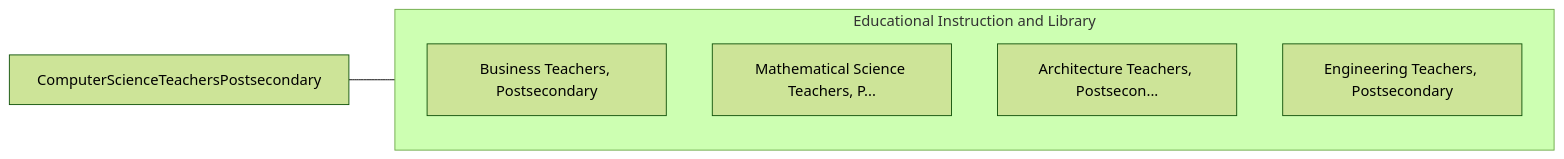
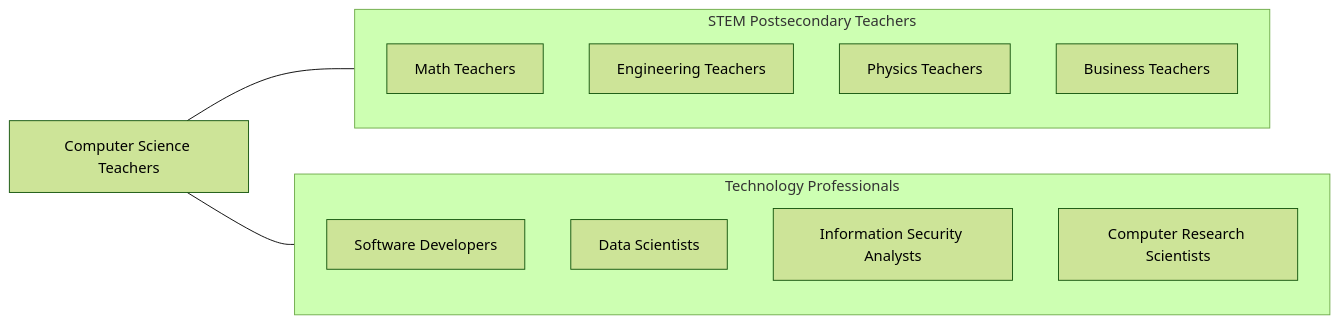
The fourth of 4 diagrams in occupations/Education/ComputerScienceTeachersPostsecondary.mdx (kziemski/business.org.ai), drawn with Mermaid (forest theme) before and after one commit. The commit also changed other lines of this file and 938 other files, not shown here.

````diff
--- a/occupations/Education/ComputerScienceTeachersPostsecondary.mdx
+++ b/occupations/Education/ComputerScienceTeachersPostsecondary.mdx
@@ -99,13 +188,21 @@
 ```mermaid
 graph LR
-    Current["ComputerScienceTeachersPostsecondary"]
+    Current["Computer Science Teachers"]
 
-    subgraph SameCategory["Educational Instruction and Library"]
-        BusinessTeachersPost["Business Teachers, Postsecondary"]
-        MathematicalScienceT["Mathematical Science Teachers, P..."]
-        ArchitectureTeachers["Architecture Teachers, Postsecon..."]
-        EngineeringTeachersP["Engineering Teachers, Postsecondary"]
+    subgraph SameCategory["STEM Postsecondary Teachers"]
+        Math["Math Teachers"]
+        Engineering["Engineering Teachers"]
+        Physics["Physics Teachers"]
+        Business["Business Teachers"]
+    end
+
+    subgraph CrossFunctional["Technology Professionals"]
+        SWE["Software Developers"]
+        DataSci["Data Scientists"]
+        InfoSec["Information Security Analysts"]
+        ResearchSci["Computer Research Scientists"]
     end
 
     Current --- SameCategory
+    Current --- CrossFunctional
 ```
````
